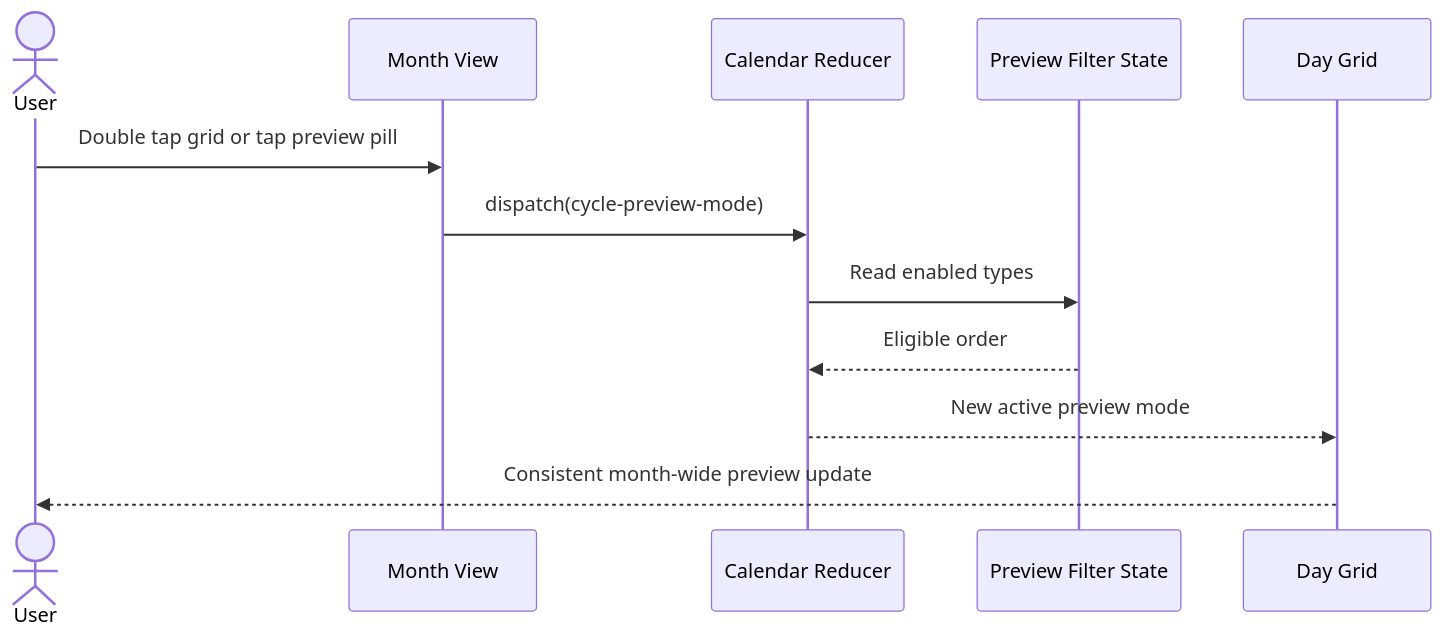
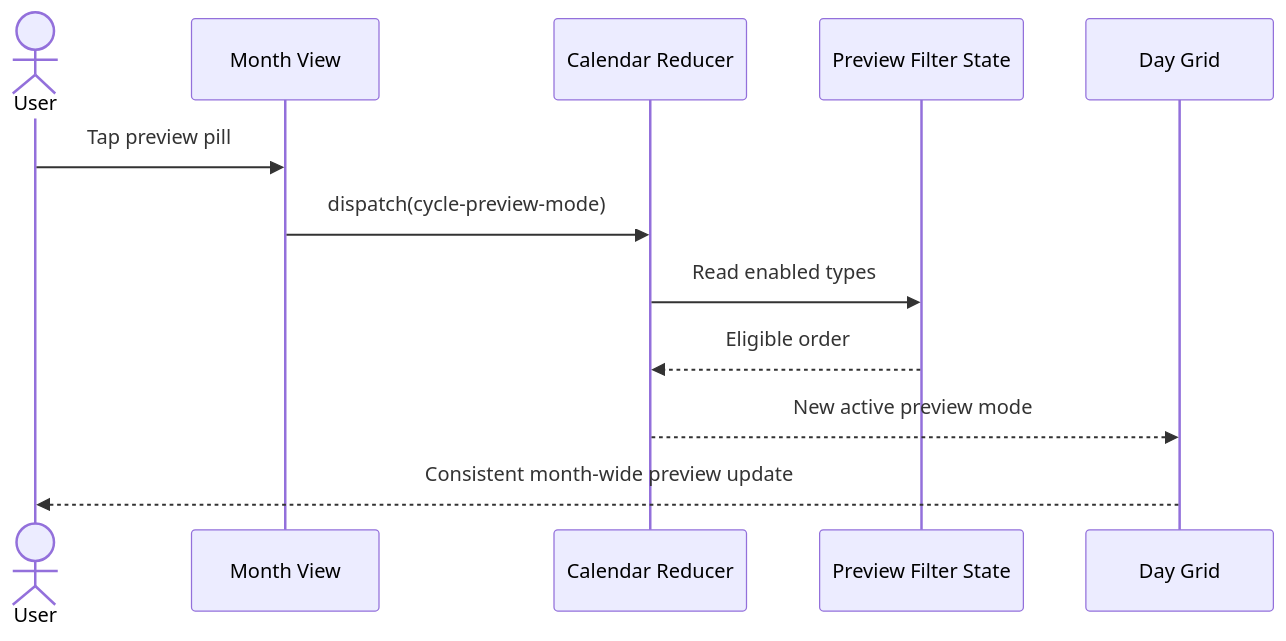
Before and after one commit to ukkodeveloper/toda-calendar: the diagram in docs/ux-flows/diagrams/uc-005-change-the-global-visible-preview-mode/sequence.md, drawn with Mermaid. The commit also changed 23 other files, not shown here.

````diff
--- a/docs/ux-flows/diagrams/uc-005-change-the-global-visible-preview-mode/sequence.md
+++ b/docs/ux-flows/diagrams/uc-005-change-the-global-visible-preview-mode/sequence.md
@@ -3,15 +3,15 @@
 ```mermaid
 sequenceDiagram
     actor User
     participant View as Month View
     participant Reducer as Calendar Reducer
     participant Filter as Preview Filter State
     participant Grid as Day Grid
 
-    User->>View: Double tap grid or tap preview pill
+    User->>View: Tap preview pill
     View->>Reducer: dispatch(cycle-preview-mode)
     Reducer->>Filter: Read enabled types
     Filter-->>Reducer: Eligible order
     Reducer-->>Grid: New active preview mode
     Grid-->>User: Consistent month-wide preview update
 ```
````
